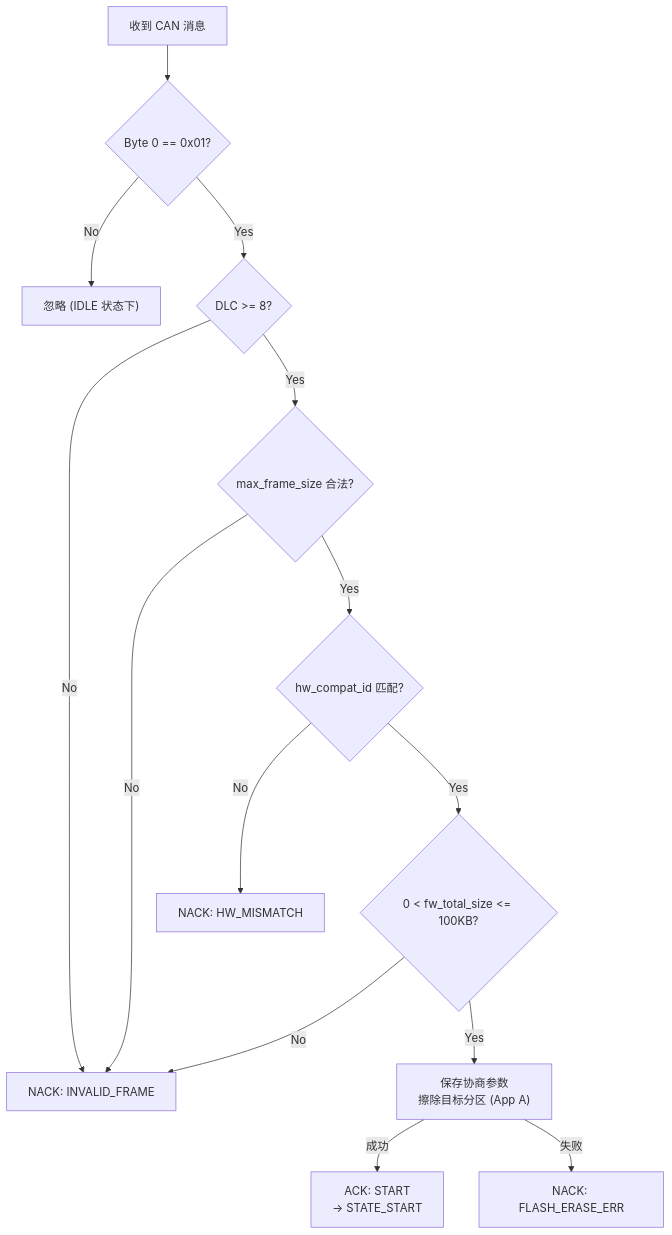
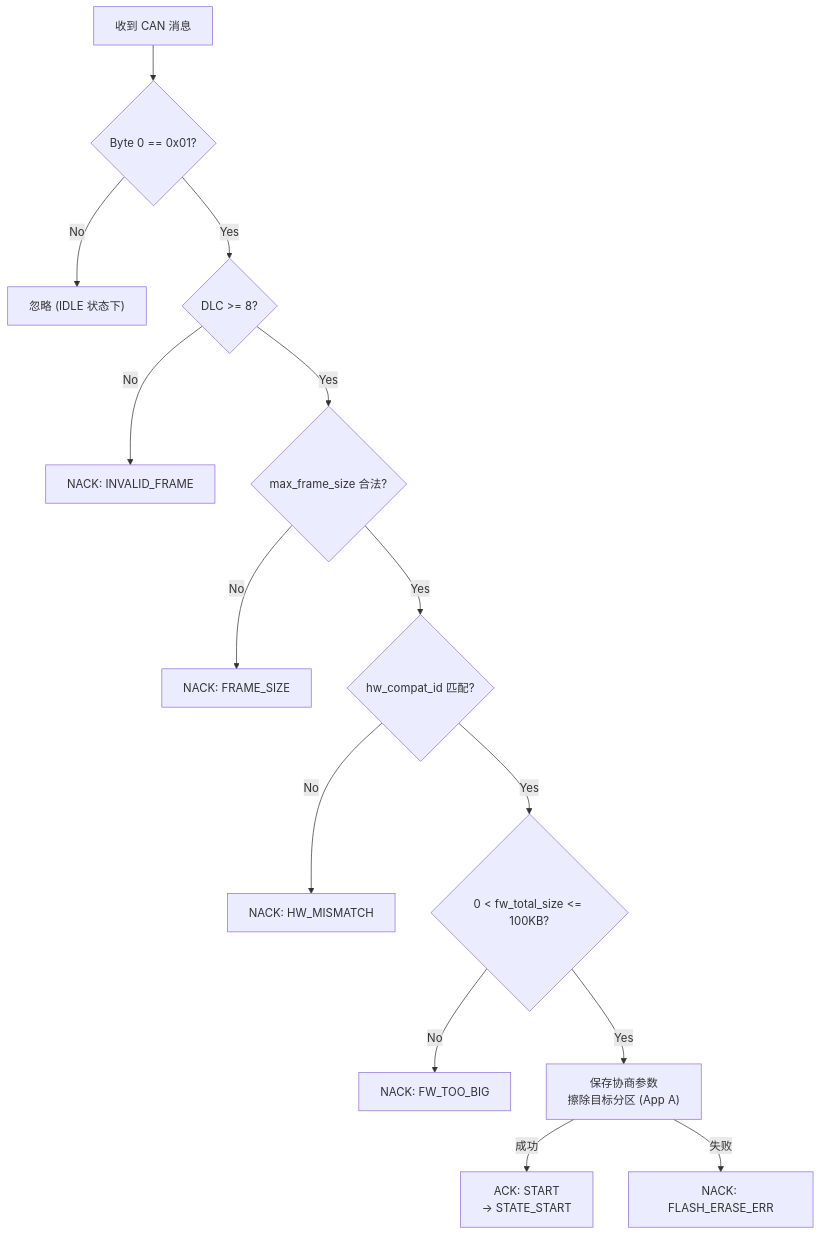
Before and after one commit to fubingyan2026/stm32_g474_boot: the third of 8 diagrams in boot_protocol_spec.md, drawn with Mermaid. The commit also changed other lines of this file and 12 other files, not shown here.

````diff
--- a/boot_protocol_spec.md
+++ b/boot_protocol_spec.md
@@ -189,16 +191,16 @@
 ```mermaid
 flowchart TD
     A["收到 CAN 消息"] --> B{"Byte 0 == 0x01?"}
     B -->|No| C["忽略 (IDLE 状态下)"]
     B -->|Yes| D{"DLC >= 8?"}
     D -->|No| E["NACK: INVALID_FRAME"]
     D -->|Yes| F{"max_frame_size 合法?"}
-    F -->|No| E
-    F -->|Yes| G{"hw_compat_id 匹配?"}
-    G -->|No| H["NACK: HW_MISMATCH"]
-    G -->|Yes| I{"0 < fw_total_size <= 100KB?"}
-    I -->|No| E
-    I -->|Yes| J["保存协商参数<br/>擦除目标分区 (App A)"]
-    J -->|成功| K["ACK: START<br/>→ STATE_START"]
-    J -->|失败| L["NACK: FLASH_ERASE_ERR"]
+    F -->|No| G["NACK: FRAME_SIZE"]
+    F -->|Yes| H{"hw_compat_id 匹配?"}
+    H -->|No| I["NACK: HW_MISMATCH"]
+    H -->|Yes| J{"0 < fw_total_size <= 100KB?"}
+    J -->|No| K["NACK: FW_TOO_BIG"]
+    J -->|Yes| L["保存协商参数<br/>擦除目标分区 (App A)"]
+    L -->|成功| M["ACK: START<br/>→ STATE_START"]
+    L -->|失败| N["NACK: FLASH_ERASE_ERR"]
 ```
````
